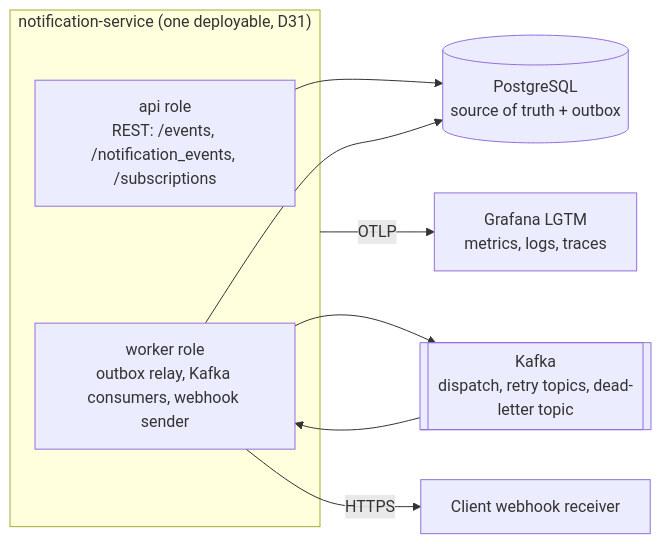
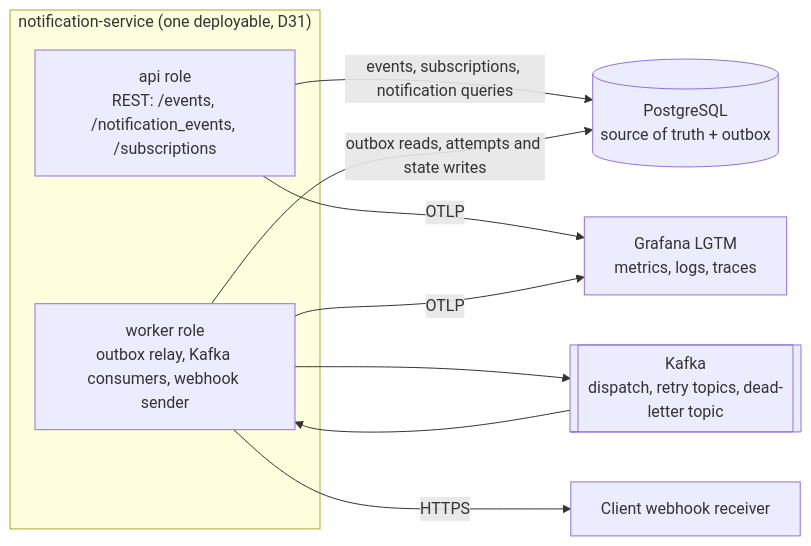
The second of 8 diagrams in docs/architecture/system-design.md (Crispelinho/cobre-webhook-notifications), drawn with Mermaid before and after one commit. The commit also changed other lines of this file, not shown here.

Commit message:
docs(architecture): correct the C4 views and add the component and dynamic views

````diff
--- a/docs/architecture/system-design.md
+++ b/docs/architecture/system-design.md
@@ -26,18 +27,19 @@
 ```mermaid
 flowchart LR
     subgraph app["notification-service (one deployable, D31)"]
         api["api role<br/>REST: /events, /notification_events, /subscriptions"]
         worker["worker role<br/>outbox relay, Kafka consumers, webhook sender"]
     end
     pg[("PostgreSQL<br/>source of truth + outbox")]
     kafka[["Kafka<br/>dispatch, retry topics, dead-letter topic"]]
     lgtm["Grafana LGTM<br/>metrics, logs, traces"]
     receiver["Client webhook receiver"]
 
-    api --> pg
-    worker --> pg
+    api -- "events, subscriptions, notification queries" --> pg
+    worker -- "outbox reads, attempts and state writes" --> pg
     worker --> kafka
     kafka --> worker
     worker -- HTTPS --> receiver
-    app -- OTLP --> lgtm
+    api -- OTLP --> lgtm
+    worker -- OTLP --> lgtm
 ```
````
